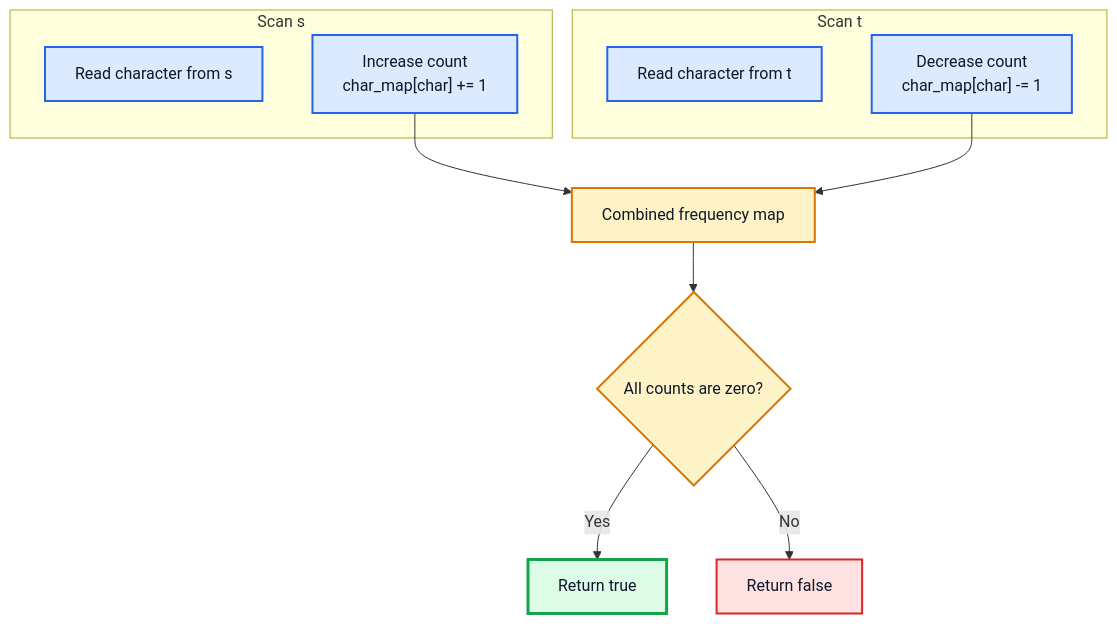
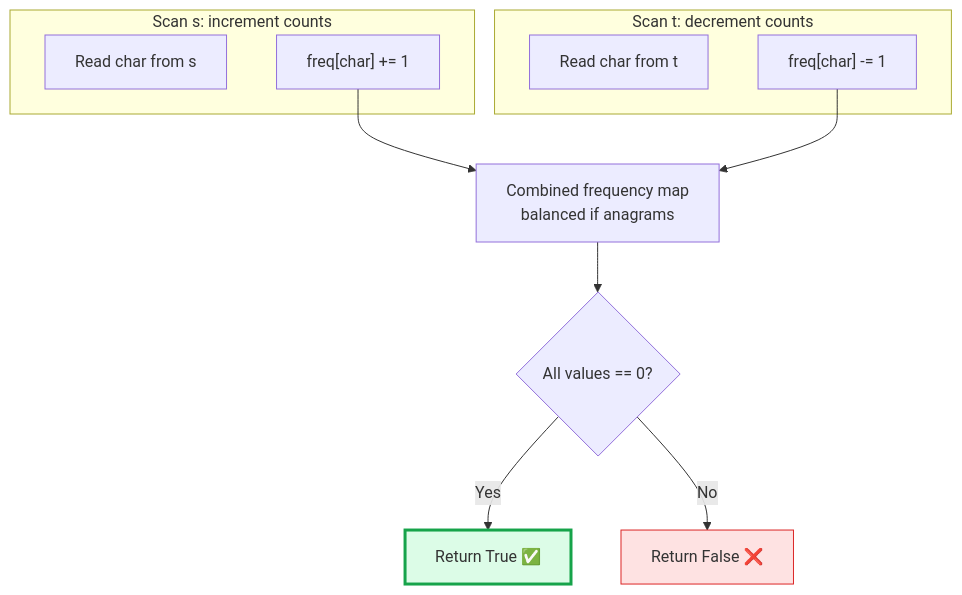
Diagram 12 of 15 in 03 - Valid Anagram/README.md (M-F-Tushar/LeetCode-Problem-Solving), drawn with Mermaid before and after one commit. The commit also changed other lines of this file, not shown here.

````diff
--- a/03 - Valid Anagram/README.md
+++ b/03 - Valid Anagram/README.md
@@ -428,30 +366,22 @@
 ```mermaid
 flowchart TD
-    subgraph S["Scan s"]
-        A["Read character from s"]
-        B["Increase count<br/>char_map[char] += 1"]
+    subgraph Scan_s["Scan s: increment counts"]
+        A["Read char from s"]
+        B["freq[char] += 1"]
     end
 
-    subgraph T["Scan t"]
-        C["Read character from t"]
-        D["Decrease count<br/>char_map[char] -= 1"]
+    subgraph Scan_t["Scan t: decrement counts"]
+        C["Read char from t"]
+        D["freq[char] -= 1"]
     end
 
-    B --> E["Combined frequency map"]
+    B --> E["Combined frequency map\nbalanced if anagrams"]
     D --> E
 
-    E --> F{"All counts are zero?"}
+    E --> F{"All values == 0?"}
+    F -- Yes --> G["Return True ✅"]
+    F -- No  --> H["Return False ❌"]
 
-    F -->|"Yes"| G["Return true"]
-    F -->|"No"| H["Return false"]
-
-    classDef scan fill:#dbeafe,stroke:#2563eb,stroke-width:2px,color:#0f172a;
-    classDef map fill:#fef3c7,stroke:#d97706,stroke-width:2px,color:#0f172a;
-    classDef success fill:#dcfce7,stroke:#16a34a,stroke-width:3px,color:#0f172a;
-    classDef fail fill:#fee2e2,stroke:#dc2626,stroke-width:2px,color:#0f172a;
-
-    class A,B,C,D scan;
-    class E,F map;
-    class G success;
-    class H fail;
+    style G fill:#dcfce7,stroke:#16a34a,stroke-width:3px
+    style H fill:#fee2e2,stroke:#dc2626
 ```
````
